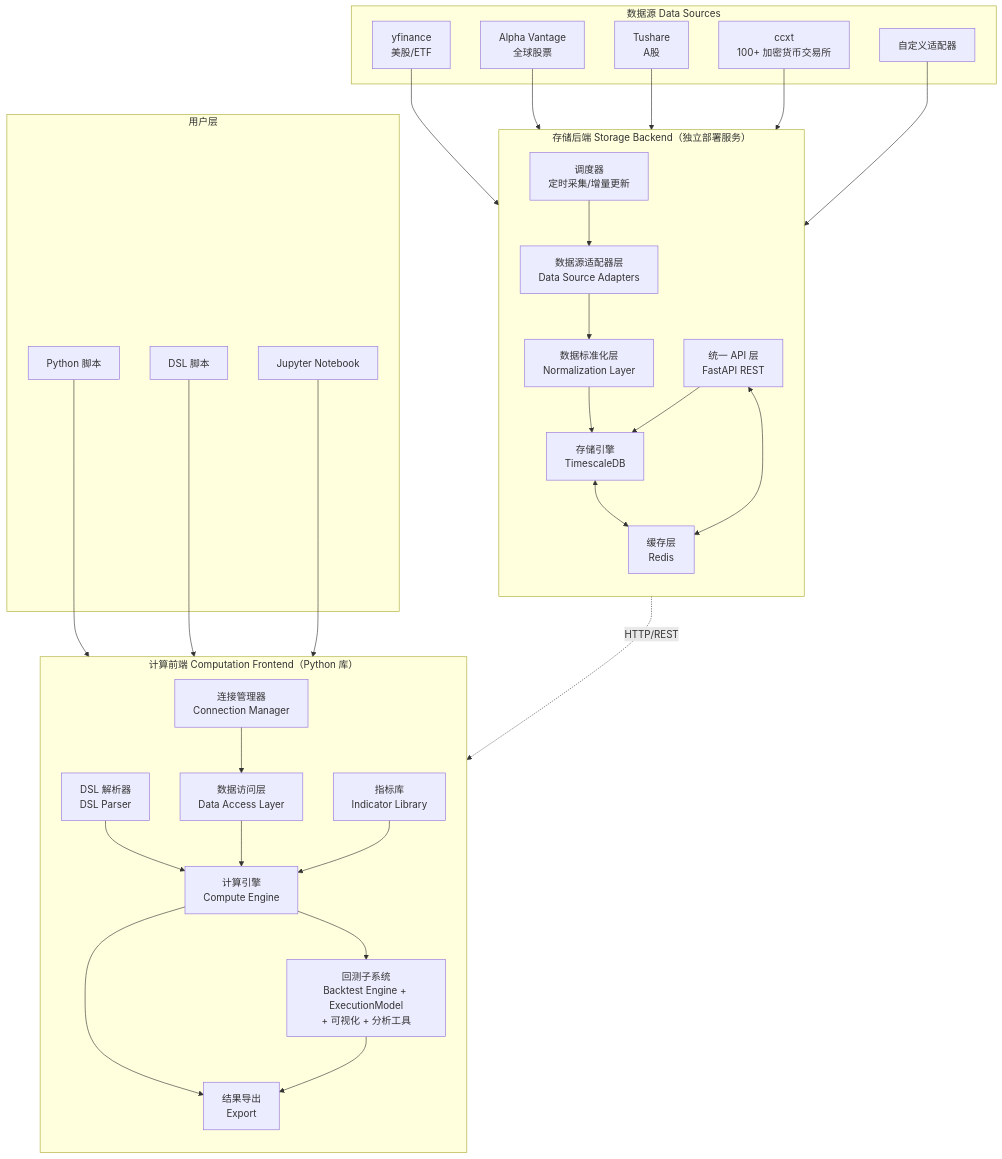
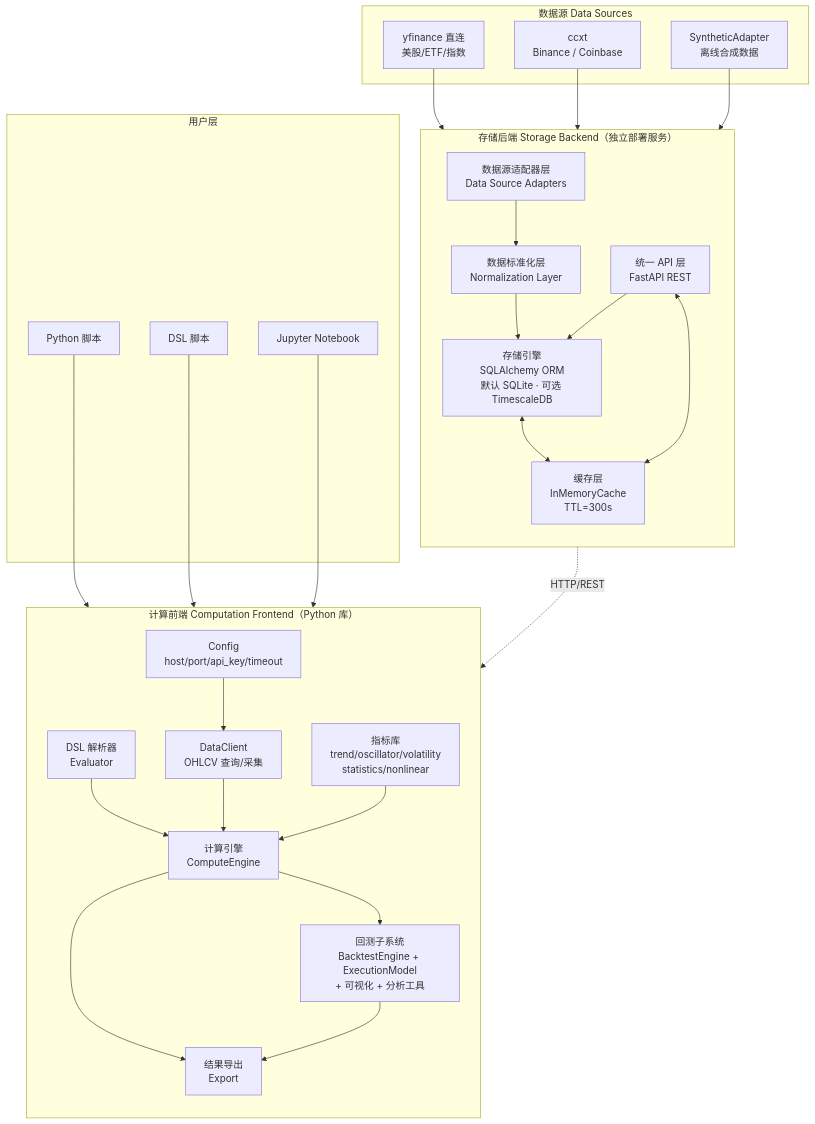
Before and after one commit to RESBI/StockStatistic: the first of 23 diagrams in DESIGN_CN.md, drawn with Mermaid. The commit also changed other lines of this file and 12 other files, not shown here.

````diff
--- a/DESIGN_CN.md
+++ b/DESIGN_CN.md
@@ -85,55 +74,51 @@
 ```mermaid
 graph TB
     subgraph "数据源 Data Sources"
-        DS1[yfinance<br/>美股/ETF]
-        DS2[Alpha Vantage<br/>全球股票]
-        DS3[Tushare<br/>A股]
-        DS4[ccxt<br/>100+ 加密货币交易所]
-        DS5[自定义适配器]
+        DS1[yfinance 直连<br/>美股/ETF/指数]
+        DS2[ccxt<br/>Binance / Coinbase]
+        DS3[SyntheticAdapter<br/>离线合成数据]
     end
 
     subgraph "存储后端 Storage Backend（独立部署服务）"
         direction TB
         DA[数据源适配器层<br/>Data Source Adapters]
         NL[数据标准化层<br/>Normalization Layer]
-        SE[存储引擎<br/>TimescaleDB]
+        SE[存储引擎<br/>SQLAlchemy ORM<br/>默认 SQLite · 可选 TimescaleDB]
         API[统一 API 层<br/>FastAPI REST]
-        SCHED[调度器<br/>定时采集/增量更新]
-        CACHE[缓存层<br/>Redis]
+        CACHE[缓存层<br/>InMemoryCache<br/>TTL=300s]
 
         DA --> NL --> SE
-        SCHED --> DA
         SE <--> CACHE
         API --> SE
         API <--> CACHE
     end
 
     subgraph "计算前端 Computation Frontend（Python 库）"
         direction TB
-        CONN[连接管理器<br/>Connection Manager]
-        DAL[数据访问层<br/>Data Access Layer]
-        CE[计算引擎<br/>Compute Engine]
-        DSL[DSL 解析器<br/>DSL Parser]
-        IL[指标库<br/>Indicator Library]
-        BT[回测子系统<br/>Backtest Engine + ExecutionModel<br/>+ 可视化 + 分析工具]
+        CFG[Config<br/>host/port/api_key/timeout]
+        DAL[DataClient<br/>OHLCV 查询/采集]
+        CE[计算引擎<br/>ComputeEngine]
+        DSL[DSL 解析器<br/>Evaluator]
+        IL[指标库<br/>trend/oscillator/volatility<br/>statistics/nonlinear]
+        BT[回测子系统<br/>BacktestEngine + ExecutionModel<br/>+ 可视化 + 分析工具]
         EXP[结果导出<br/>Export]
 
-        CONN --> DAL
+        CFG --> DAL
         DSL --> CE
         DAL --> CE
         IL --> CE
         CE --> BT
         CE --> EXP
         BT --> EXP
     end
 
     subgraph "用户层"
         U1[Python 脚本]
         U2[DSL 脚本]
         U3[Jupyter Notebook]
     end
 
-    DS1 & DS2 & DS3 & DS4 & DS5 --> DA
+    DS1 & DS2 & DS3 --> DA
     API -.->|"HTTP/REST"| DAL
     U1 & U2 & U3 --> CE
 ```
````
